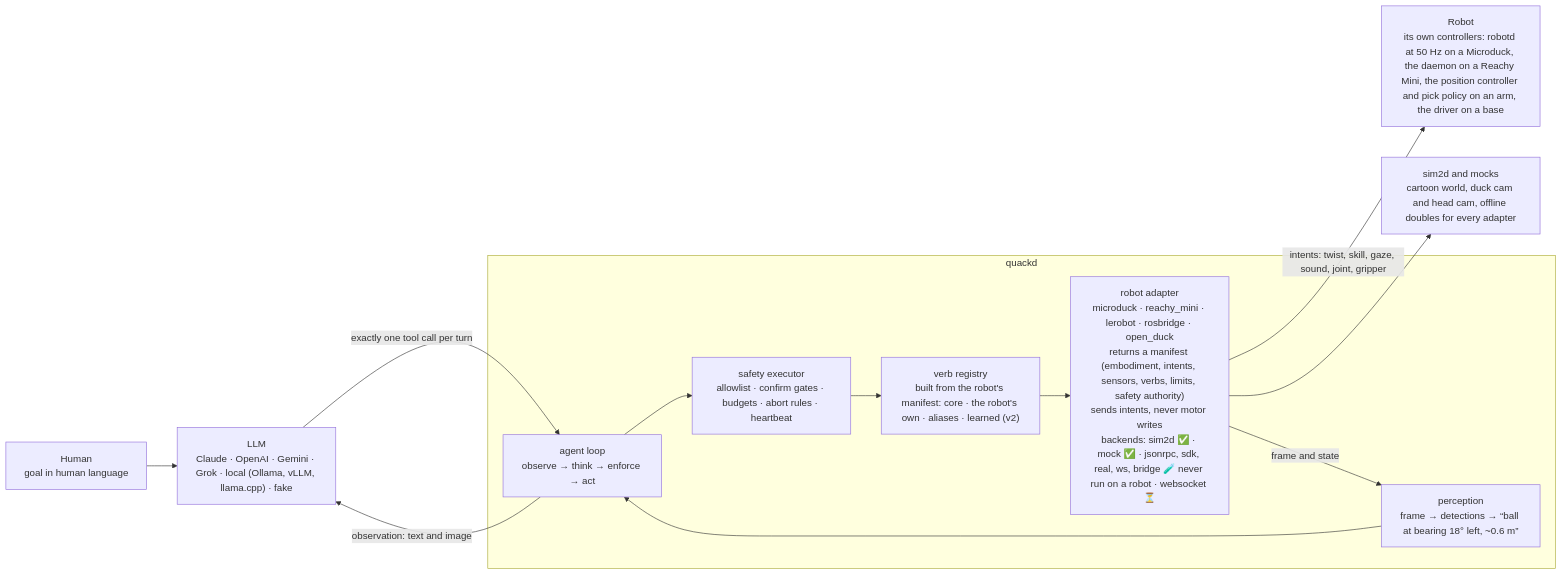
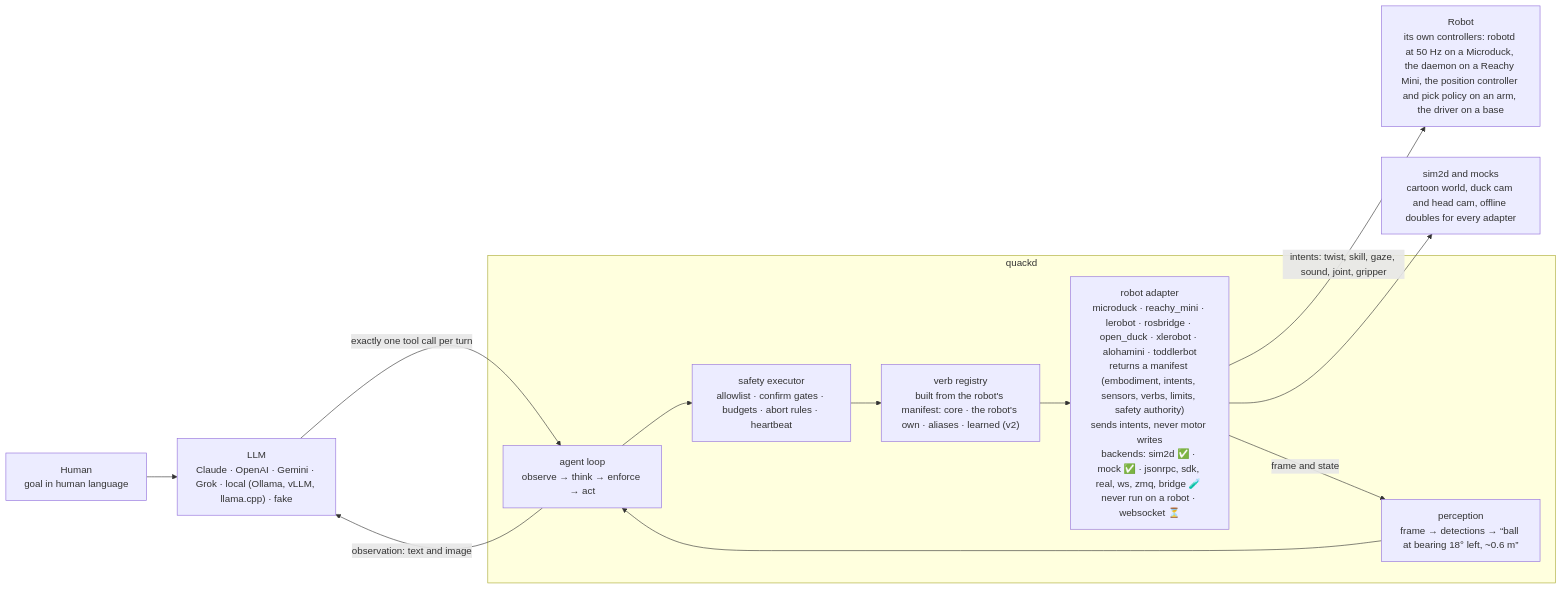
Before and after one commit to Bayway/quackd: the second of 3 diagrams in README.md, drawn with Mermaid. The commit also changed other lines of this file and 14 other files, not shown here.

First line of the commit message:
fix(toddlerbot): the safe pose was all zeros on every real robot

````diff
--- a/README.md
+++ b/README.md
@@ -293,21 +293,21 @@
 ```mermaid
 flowchart LR
     HUMAN["Human<br/>goal in human language"]
     LLM["LLM<br/>Claude · OpenAI · Gemini · Grok · local (Ollama, vLLM, llama.cpp) · fake"]
     subgraph quackd
         LOOP["agent loop<br/>observe → think → enforce → act"]
         EXEC["safety executor<br/>allowlist · confirm gates · budgets · abort rules · heartbeat"]
         VERBS["verb registry<br/>built from the robot's manifest: core · the robot's own · aliases · learned (v2)"]
         PERC["perception<br/>frame → detections → “ball at bearing 18° left, ~0.6 m”"]
-        ADAPTER["robot adapter<br/>microduck · reachy_mini · lerobot · rosbridge · open_duck<br/>returns a manifest (embodiment, intents, sensors, verbs, limits, safety authority)<br/>sends intents, never motor writes<br/>backends: sim2d ✅ · mock ✅ · jsonrpc, sdk, real, ws, bridge 🧪 never run on a robot · websocket ⏳"]
+        ADAPTER["robot adapter<br/>microduck · reachy_mini · lerobot · rosbridge · open_duck · xlerobot · alohamini · toddlerbot<br/>returns a manifest (embodiment, intents, sensors, verbs, limits, safety authority)<br/>sends intents, never motor writes<br/>backends: sim2d ✅ · mock ✅ · jsonrpc, sdk, real, ws, zmq, bridge 🧪 never run on a robot · websocket ⏳"]
     end
     ROBOT["Robot<br/>its own controllers: robotd at 50 Hz on a Microduck, the daemon on a Reachy Mini, the position controller and pick policy on an arm, the driver on a base"]
     SIM["sim2d and mocks<br/>cartoon world, duck cam and head cam, offline doubles for every adapter"]
     HUMAN --> LLM
     LLM -- "exactly one tool call per turn" --> LOOP
     LOOP --> EXEC --> VERBS --> ADAPTER
     ADAPTER -- "intents: twist, skill, gaze, sound, joint, gripper" --> ROBOT
     ADAPTER --> SIM
     ADAPTER -- "frame and state" --> PERC --> LOOP
     LOOP -- "observation: text and image" --> LLM
 ```
````
